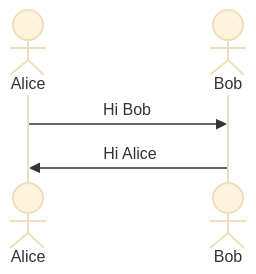
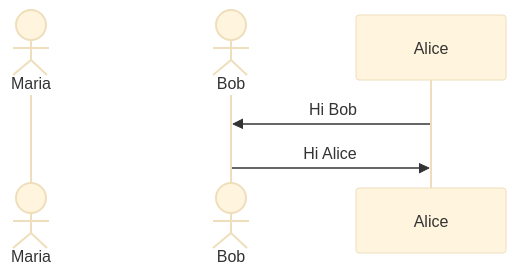
The diagram in hello.mmd (Jonas-SLara/LuaBank), drawn with Mermaid (base theme) before and after one commit.

```diff
--- a/hello.mmd
+++ b/hello.mmd
@@ -1,5 +1,5 @@
 sequenceDiagram
-        actor Alice
+        actor Maria
         actor Bob
         Alice->>Bob: Hi Bob
         Bob->>Alice: Hi Alice
```
